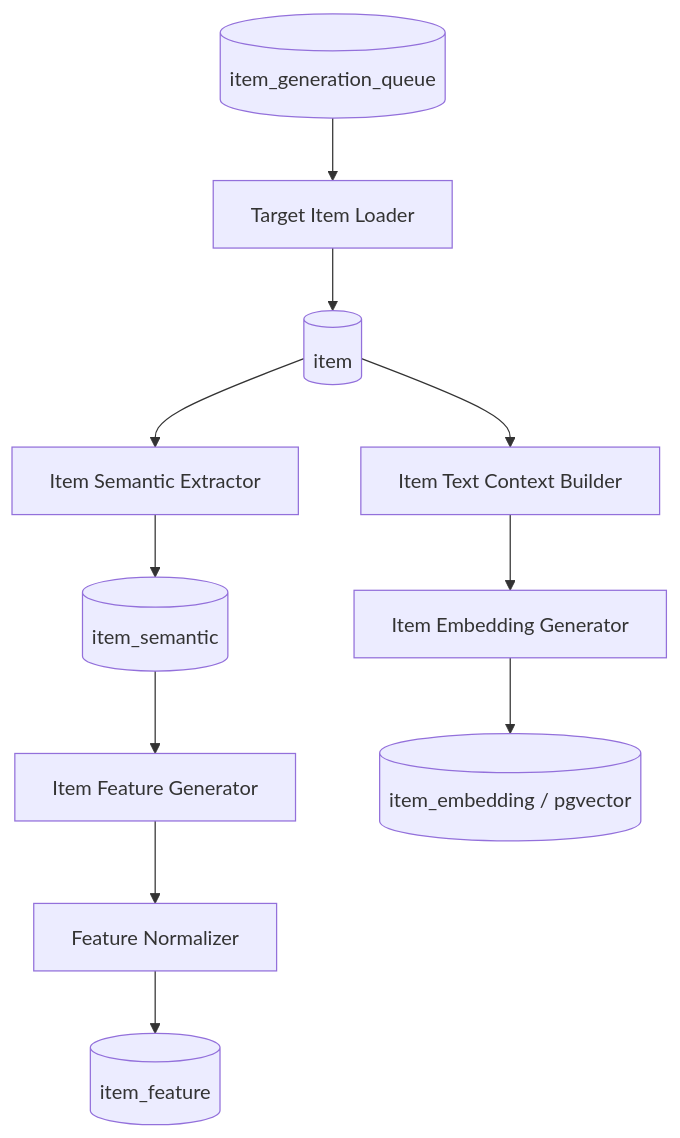
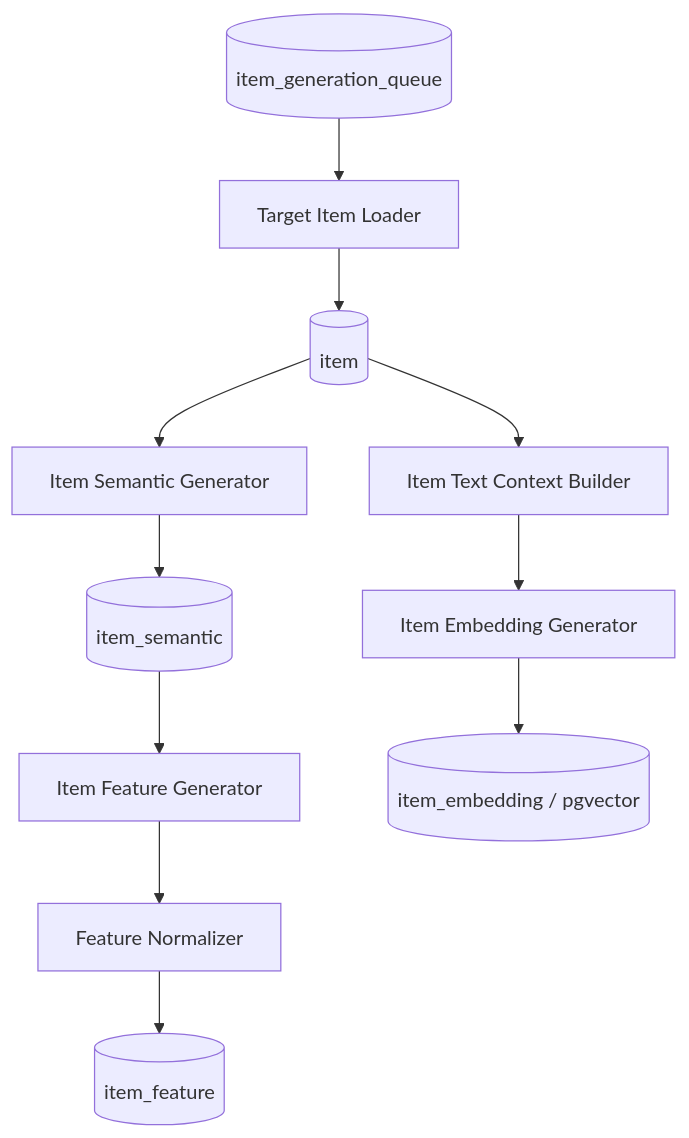
The eighth of 10 diagrams in docs/05_アプリケーション設計/アプリ/処理構成定義書.md (ryo-chan-k6/GiftRecommendAPP_MVP_CYCLE_3), drawn with Mermaid before and after one commit. The commit also changed other lines of this file and 235 other files, not shown here.

````diff
--- a/docs/05_アプリケーション設計/アプリ/処理構成定義書.md
+++ b/docs/05_アプリケーション設計/アプリ/処理構成定義書.md
@@ -1165,14 +1165,14 @@
 ```mermaid
 flowchart TD
     A[(item_generation_queue)] --> B[Target Item Loader]
     B --> C[(item)]
-    C --> D[Item Semantic Extractor]
+    C --> D[Item Semantic Generator]
     D --> E[(item_semantic)]
     E --> F[Item Feature Generator]
     F --> G[Feature Normalizer]
     G --> H[(item_feature)]
 
     C --> I[Item Text Context Builder]
     I --> J[Item Embedding Generator]
     J --> K[(item_embedding / pgvector)]
 ```
````
